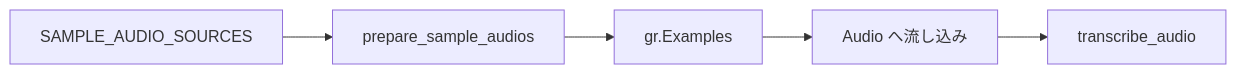
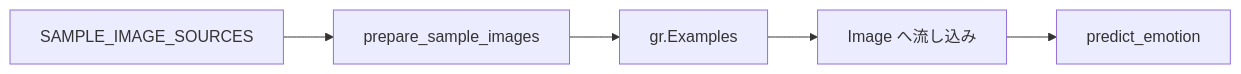
Before and after one commit to yryo1005/OpenCampus_Demo: the second of 2 diagrams in document.md, drawn with Mermaid. The commit also changed other lines of this file and 3 other files, not shown here.

````diff
--- a/document.md
+++ b/document.md
@@ -45,7 +49,7 @@
 ```mermaid
 flowchart LR
-    S1[SAMPLE_AUDIO_SOURCES] --> S2[prepare_sample_audios]
+    S1[SAMPLE_IMAGE_SOURCES] --> S2[prepare_sample_images]
     S2 --> S3[gr.Examples]
-    S3 --> S4[Audio へ流し込み]
-    S4 --> S5[transcribe_audio]
+    S3 --> S4[Image へ流し込み]
+    S4 --> S5[predict_emotion]
 ```
````
